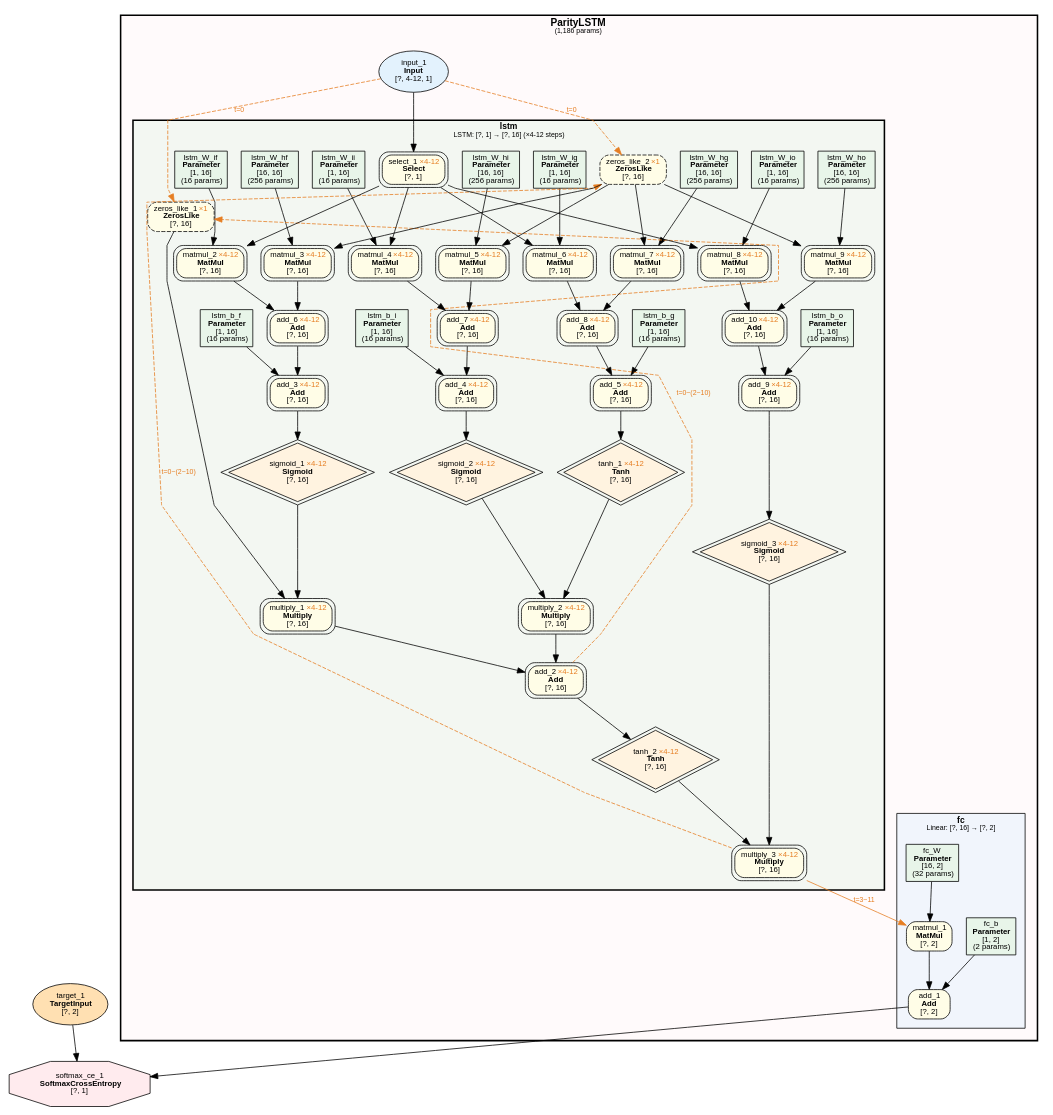
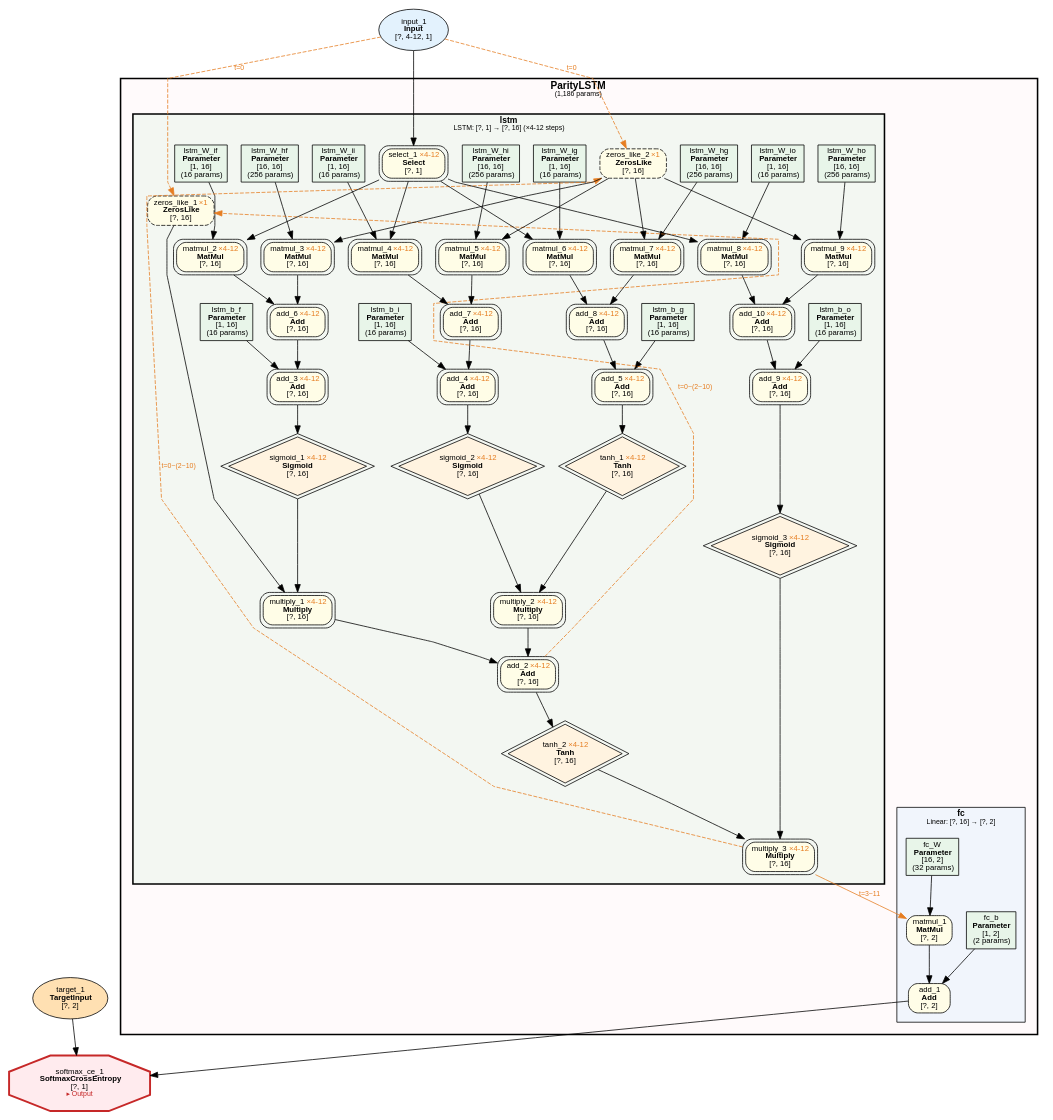
The diagram in examples/parity_lstm_var_len/parity_lstm_var_len.dot (dbsxdbsx/only_torch), drawn with Graphviz before and after one commit. The commit also changed 48 other files, not shown here.

```diff
--- a/examples/parity_lstm_var_len/parity_lstm_var_len.dot
+++ b/examples/parity_lstm_var_len/parity_lstm_var_len.dot
@@ -35,59 +35,59 @@
             fontname="Microsoft YaHei,SimHei,Arial";
             fontsize=11;
             margin=12;
-            "7" [label=<lstm_b_o<BR/><B>Parameter</B><BR/>[1, 16]<BR/>(16 params)> shape=box style=filled fillcolor="#E8F5E9" fontsize=10];
-            "8" [label=<lstm_W_io<BR/><B>Parameter</B><BR/>[1, 16]<BR/>(16 params)> shape=box style=filled fillcolor="#E8F5E9" fontsize=10];
-            "9" [label=<lstm_W_ho<BR/><B>Parameter</B><BR/>[16, 16]<BR/>(256 params)> shape=box style=filled fillcolor="#E8F5E9" fontsize=10];
-            "11" [label=<lstm_b_f<BR/><B>Parameter</B><BR/>[1, 16]<BR/>(16 params)> shape=box style=filled fillcolor="#E8F5E9" fontsize=10];
-            "12" [label=<lstm_b_i<BR/><B>Parameter</B><BR/>[1, 16]<BR/>(16 params)> shape=box style=filled fillcolor="#E8F5E9" fontsize=10];
-            "13" [label=<lstm_b_g<BR/><B>Parameter</B><BR/>[1, 16]<BR/>(16 params)> shape=box style=filled fillcolor="#E8F5E9" fontsize=10];
-            "14" [label=<lstm_W_if<BR/><B>Parameter</B><BR/>[1, 16]<BR/>(16 params)> shape=box style=filled fillcolor="#E8F5E9" fontsize=10];
-            "15" [label=<lstm_W_hf<BR/><B>Parameter</B><BR/>[16, 16]<BR/>(256 params)> shape=box style=filled fillcolor="#E8F5E9" fontsize=10];
-            "16" [label=<lstm_W_ii<BR/><B>Parameter</B><BR/>[1, 16]<BR/>(16 params)> shape=box style=filled fillcolor="#E8F5E9" fontsize=10];
-            "17" [label=<lstm_W_hi<BR/><B>Parameter</B><BR/>[16, 16]<BR/>(256 params)> shape=box style=filled fillcolor="#E8F5E9" fontsize=10];
-            "18" [label=<lstm_W_ig<BR/><B>Parameter</B><BR/>[1, 16]<BR/>(16 params)> shape=box style=filled fillcolor="#E8F5E9" fontsize=10];
-            "19" [label=<lstm_W_hg<BR/><B>Parameter</B><BR/>[16, 16]<BR/>(256 params)> shape=box style=filled fillcolor="#E8F5E9" fontsize=10];
-            "20" [label=<add_2 <FONT COLOR="#E67E22">×4-12</FONT><BR/><B>Add</B><BR/>[?, 16]> shape=box style="filled,rounded" fillcolor="#FFFDE7" fontsize=10 peripheries=2];
-            "21" [label=<multiply_1 <FONT COLOR="#E67E22">×4-12</FONT><BR/><B>Multiply</B><BR/>[?, 16]> shape=box style="filled,rounded" fillcolor="#FFFDE7" fontsize=10 peripheries=2];
-            "22" [label=<multiply_2 <FONT COLOR="#E67E22">×4-12</FONT><BR/><B>Multiply</B><BR/>[?, 16]> shape=box style="filled,rounded" fillcolor="#FFFDE7" fontsize=10 peripheries=2];
-            "23" [label=<sigmoid_1 <FONT COLOR="#E67E22">×4-12</FONT><BR/><B>Sigmoid</B><BR/>[?, 16]> shape=diamond style=filled fillcolor="#FFF3E0" fontsize=10 peripheries=2];
-            "24" [label=<zeros_like_1 <FONT COLOR="#E67E22">×1</FONT><BR/><B>ZerosLike</B><BR/>[?, 16]> shape=box style="filled,rounded,dashed" fillcolor="#FFFDE7" fontsize=10];
-            "25" [label=<sigmoid_2 <FONT COLOR="#E67E22">×4-12</FONT><BR/><B>Sigmoid</B><BR/>[?, 16]> shape=diamond style=filled fillcolor="#FFF3E0" fontsize=10 peripheries=2];
-            "26" [label=<tanh_1 <FONT COLOR="#E67E22">×4-12</FONT><BR/><B>Tanh</B><BR/>[?, 16]> shape=diamond style=filled fillcolor="#FFF3E0" fontsize=10 peripheries=2];
-            "27" [label=<add_3 <FONT COLOR="#E67E22">×4-12</FONT><BR/><B>Add</B><BR/>[?, 16]> shape=box style="filled,rounded" fillcolor="#FFFDE7" fontsize=10 peripheries=2];
-            "28" [label=<add_4 <FONT COLOR="#E67E22">×4-12</FONT><BR/><B>Add</B><BR/>[?, 16]> shape=box style="filled,rounded" fillcolor="#FFFDE7" fontsize=10 peripheries=2];
-            "29" [label=<add_5 <FONT COLOR="#E67E22">×4-12</FONT><BR/><B>Add</B><BR/>[?, 16]> shape=box style="filled,rounded" fillcolor="#FFFDE7" fontsize=10 peripheries=2];
-            "30" [label=<multiply_3 <FONT COLOR="#E67E22">×4-12</FONT><BR/><B>Multiply</B><BR/>[?, 16]> shape=box style="filled,rounded" fillcolor="#FFFDE7" fontsize=10 peripheries=2];
-            "31" [label=<add_6 <FONT COLOR="#E67E22">×4-12</FONT><BR/><B>Add</B><BR/>[?, 16]> shape=box style="filled,rounded" fillcolor="#FFFDE7" fontsize=10 peripheries=2];
-            "32" [label=<add_7 <FONT COLOR="#E67E22">×4-12</FONT><BR/><B>Add</B><BR/>[?, 16]> shape=box style="filled,rounded" fillcolor="#FFFDE7" fontsize=10 peripheries=2];
-            "33" [label=<add_8 <FONT COLOR="#E67E22">×4-12</FONT><BR/><B>Add</B><BR/>[?, 16]> shape=box style="filled,rounded" fillcolor="#FFFDE7" fontsize=10 peripheries=2];
-            "34" [label=<sigmoid_3 <FONT COLOR="#E67E22">×4-12</FONT><BR/><B>Sigmoid</B><BR/>[?, 16]> shape=diamond style=filled fillcolor="#FFF3E0" fontsize=10 peripheries=2];
-            "35" [label=<tanh_2 <FONT COLOR="#E67E22">×4-12</FONT><BR/><B>Tanh</B><BR/>[?, 16]> shape=diamond style=filled fillcolor="#FFF3E0" fontsize=10 peripheries=2];
-            "36" [label=<matmul_2 <FONT COLOR="#E67E22">×4-12</FONT><BR/><B>MatMul</B><BR/>[?, 16]> shape=box style="filled,rounded" fillcolor="#FFFDE7" fontsize=10 peripheries=2];
-            "37" [label=<matmul_3 <FONT COLOR="#E67E22">×4-12</FONT><BR/><B>MatMul</B><BR/>[?, 16]> shape=box style="filled,rounded" fillcolor="#FFFDE7" fontsize=10 peripheries=2];
-            "38" [label=<matmul_4 <FONT COLOR="#E67E22">×4-12</FONT><BR/><B>MatMul</B><BR/>[?, 16]> shape=box style="filled,rounded" fillcolor="#FFFDE7" fontsize=10 peripheries=2];
-            "39" [label=<matmul_5 <FONT COLOR="#E67E22">×4-12</FONT><BR/><B>MatMul</B><BR/>[?, 16]> shape=box style="filled,rounded" fillcolor="#FFFDE7" fontsize=10 peripheries=2];
-            "40" [label=<matmul_6 <FONT COLOR="#E67E22">×4-12</FONT><BR/><B>MatMul</B><BR/>[?, 16]> shape=box style="filled,rounded" fillcolor="#FFFDE7" fontsize=10 peripheries=2];
-            "41" [label=<matmul_7 <FONT COLOR="#E67E22">×4-12</FONT><BR/><B>MatMul</B><BR/>[?, 16]> shape=box style="filled,rounded" fillcolor="#FFFDE7" fontsize=10 peripheries=2];
-            "42" [label=<add_9 <FONT COLOR="#E67E22">×4-12</FONT><BR/><B>Add</B><BR/>[?, 16]> shape=box style="filled,rounded" fillcolor="#FFFDE7" fontsize=10 peripheries=2];
-            "43" [label=<select_1 <FONT COLOR="#E67E22">×4-12</FONT><BR/><B>Select</B><BR/>[?, 1]> shape=box style="filled,rounded" fillcolor="#FFFDE7" fontsize=10 peripheries=2];
-            "44" [label=<zeros_like_2 <FONT COLOR="#E67E22">×1</FONT><BR/><B>ZerosLike</B><BR/>[?, 16]> shape=box style="filled,rounded,dashed" fillcolor="#FFFDE7" fontsize=10];
-            "45" [label=<add_10 <FONT COLOR="#E67E22">×4-12</FONT><BR/><B>Add</B><BR/>[?, 16]> shape=box style="filled,rounded" fillcolor="#FFFDE7" fontsize=10 peripheries=2];
-            "46" [label=<matmul_8 <FONT COLOR="#E67E22">×4-12</FONT><BR/><B>MatMul</B><BR/>[?, 16]> shape=box style="filled,rounded" fillcolor="#FFFDE7" fontsize=10 peripheries=2];
-            "47" [label=<matmul_9 <FONT COLOR="#E67E22">×4-12</FONT><BR/><B>MatMul</B><BR/>[?, 16]> shape=box style="filled,rounded" fillcolor="#FFFDE7" fontsize=10 peripheries=2];
+                "7" [label=<lstm_b_o<BR/><B>Parameter</B><BR/>[1, 16]<BR/>(16 params)> shape=box style=filled fillcolor="#E8F5E9" fontsize=10];
+                "8" [label=<lstm_W_io<BR/><B>Parameter</B><BR/>[1, 16]<BR/>(16 params)> shape=box style=filled fillcolor="#E8F5E9" fontsize=10];
+                "9" [label=<lstm_W_ho<BR/><B>Parameter</B><BR/>[16, 16]<BR/>(256 params)> shape=box style=filled fillcolor="#E8F5E9" fontsize=10];
+                "11" [label=<lstm_b_f<BR/><B>Parameter</B><BR/>[1, 16]<BR/>(16 params)> shape=box style=filled fillcolor="#E8F5E9" fontsize=10];
+                "12" [label=<lstm_b_i<BR/><B>Parameter</B><BR/>[1, 16]<BR/>(16 params)> shape=box style=filled fillcolor="#E8F5E9" fontsize=10];
+                "13" [label=<lstm_b_g<BR/><B>Parameter</B><BR/>[1, 16]<BR/>(16 params)> shape=box style=filled fillcolor="#E8F5E9" fontsize=10];
+                "14" [label=<lstm_W_if<BR/><B>Parameter</B><BR/>[1, 16]<BR/>(16 params)> shape=box style=filled fillcolor="#E8F5E9" fontsize=10];
+                "15" [label=<lstm_W_hf<BR/><B>Parameter</B><BR/>[16, 16]<BR/>(256 params)> shape=box style=filled fillcolor="#E8F5E9" fontsize=10];
+                "16" [label=<lstm_W_ii<BR/><B>Parameter</B><BR/>[1, 16]<BR/>(16 params)> shape=box style=filled fillcolor="#E8F5E9" fontsize=10];
+                "17" [label=<lstm_W_hi<BR/><B>Parameter</B><BR/>[16, 16]<BR/>(256 params)> shape=box style=filled fillcolor="#E8F5E9" fontsize=10];
+                "18" [label=<lstm_W_ig<BR/><B>Parameter</B><BR/>[1, 16]<BR/>(16 params)> shape=box style=filled fillcolor="#E8F5E9" fontsize=10];
+                "19" [label=<lstm_W_hg<BR/><B>Parameter</B><BR/>[16, 16]<BR/>(256 params)> shape=box style=filled fillcolor="#E8F5E9" fontsize=10];
+                "20" [label=<add_2 <FONT COLOR="#E67E22">×4-12</FONT><BR/><B>Add</B><BR/>[?, 16]> shape=box style="filled,rounded" fillcolor="#FFFDE7" fontsize=10 peripheries=2];
+                "21" [label=<multiply_1 <FONT COLOR="#E67E22">×4-12</FONT><BR/><B>Multiply</B><BR/>[?, 16]> shape=box style="filled,rounded" fillcolor="#FFFDE7" fontsize=10 peripheries=2];
+                "22" [label=<multiply_2 <FONT COLOR="#E67E22">×4-12</FONT><BR/><B>Multiply</B><BR/>[?, 16]> shape=box style="filled,rounded" fillcolor="#FFFDE7" fontsize=10 peripheries=2];
+                "23" [label=<sigmoid_1 <FONT COLOR="#E67E22">×4-12</FONT><BR/><B>Sigmoid</B><BR/>[?, 16]> shape=diamond style=filled fillcolor="#FFF3E0" fontsize=10 peripheries=2];
+                "24" [label=<zeros_like_1 <FONT COLOR="#E67E22">×1</FONT><BR/><B>ZerosLike</B><BR/>[?, 16]> shape=box style="filled,rounded,dashed" fillcolor="#FFFDE7" fontsize=10];
+                "25" [label=<sigmoid_2 <FONT COLOR="#E67E22">×4-12</FONT><BR/><B>Sigmoid</B><BR/>[?, 16]> shape=diamond style=filled fillcolor="#FFF3E0" fontsize=10 peripheries=2];
+                "26" [label=<tanh_1 <FONT COLOR="#E67E22">×4-12</FONT><BR/><B>Tanh</B><BR/>[?, 16]> shape=diamond style=filled fillcolor="#FFF3E0" fontsize=10 peripheries=2];
+                "27" [label=<add_3 <FONT COLOR="#E67E22">×4-12</FONT><BR/><B>Add</B><BR/>[?, 16]> shape=box style="filled,rounded" fillcolor="#FFFDE7" fontsize=10 peripheries=2];
+                "28" [label=<add_4 <FONT COLOR="#E67E22">×4-12</FONT><BR/><B>Add</B><BR/>[?, 16]> shape=box style="filled,rounded" fillcolor="#FFFDE7" fontsize=10 peripheries=2];
+                "29" [label=<add_5 <FONT COLOR="#E67E22">×4-12</FONT><BR/><B>Add</B><BR/>[?, 16]> shape=box style="filled,rounded" fillcolor="#FFFDE7" fontsize=10 peripheries=2];
+                "30" [label=<multiply_3 <FONT COLOR="#E67E22">×4-12</FONT><BR/><B>Multiply</B><BR/>[?, 16]> shape=box style="filled,rounded" fillcolor="#FFFDE7" fontsize=10 peripheries=2];
+                "31" [label=<add_6 <FONT COLOR="#E67E22">×4-12</FONT><BR/><B>Add</B><BR/>[?, 16]> shape=box style="filled,rounded" fillcolor="#FFFDE7" fontsize=10 peripheries=2];
+                "32" [label=<add_7 <FONT COLOR="#E67E22">×4-12</FONT><BR/><B>Add</B><BR/>[?, 16]> shape=box style="filled,rounded" fillcolor="#FFFDE7" fontsize=10 peripheries=2];
+                "33" [label=<add_8 <FONT COLOR="#E67E22">×4-12</FONT><BR/><B>Add</B><BR/>[?, 16]> shape=box style="filled,rounded" fillcolor="#FFFDE7" fontsize=10 peripheries=2];
+                "34" [label=<sigmoid_3 <FONT COLOR="#E67E22">×4-12</FONT><BR/><B>Sigmoid</B><BR/>[?, 16]> shape=diamond style=filled fillcolor="#FFF3E0" fontsize=10 peripheries=2];
+                "35" [label=<tanh_2 <FONT COLOR="#E67E22">×4-12</FONT><BR/><B>Tanh</B><BR/>[?, 16]> shape=diamond style=filled fillcolor="#FFF3E0" fontsize=10 peripheries=2];
+                "36" [label=<matmul_2 <FONT COLOR="#E67E22">×4-12</FONT><BR/><B>MatMul</B><BR/>[?, 16]> shape=box style="filled,rounded" fillcolor="#FFFDE7" fontsize=10 peripheries=2];
+                "37" [label=<matmul_3 <FONT COLOR="#E67E22">×4-12</FONT><BR/><B>MatMul</B><BR/>[?, 16]> shape=box style="filled,rounded" fillcolor="#FFFDE7" fontsize=10 peripheries=2];
+                "38" [label=<matmul_4 <FONT COLOR="#E67E22">×4-12</FONT><BR/><B>MatMul</B><BR/>[?, 16]> shape=box style="filled,rounded" fillcolor="#FFFDE7" fontsize=10 peripheries=2];
+                "39" [label=<matmul_5 <FONT COLOR="#E67E22">×4-12</FONT><BR/><B>MatMul</B><BR/>[?, 16]> shape=box style="filled,rounded" fillcolor="#FFFDE7" fontsize=10 peripheries=2];
+                "40" [label=<matmul_6 <FONT COLOR="#E67E22">×4-12</FONT><BR/><B>MatMul</B><BR/>[?, 16]> shape=box style="filled,rounded" fillcolor="#FFFDE7" fontsize=10 peripheries=2];
+                "41" [label=<matmul_7 <FONT COLOR="#E67E22">×4-12</FONT><BR/><B>MatMul</B><BR/>[?, 16]> shape=box style="filled,rounded" fillcolor="#FFFDE7" fontsize=10 peripheries=2];
+                "42" [label=<add_9 <FONT COLOR="#E67E22">×4-12</FONT><BR/><B>Add</B><BR/>[?, 16]> shape=box style="filled,rounded" fillcolor="#FFFDE7" fontsize=10 peripheries=2];
+                "43" [label=<select_1 <FONT COLOR="#E67E22">×4-12</FONT><BR/><B>Select</B><BR/>[?, 1]> shape=box style="filled,rounded" fillcolor="#FFFDE7" fontsize=10 peripheries=2];
+                "44" [label=<zeros_like_2 <FONT COLOR="#E67E22">×1</FONT><BR/><B>ZerosLike</B><BR/>[?, 16]> shape=box style="filled,rounded,dashed" fillcolor="#FFFDE7" fontsize=10];
+                "45" [label=<add_10 <FONT COLOR="#E67E22">×4-12</FONT><BR/><B>Add</B><BR/>[?, 16]> shape=box style="filled,rounded" fillcolor="#FFFDE7" fontsize=10 peripheries=2];
+                "46" [label=<matmul_8 <FONT COLOR="#E67E22">×4-12</FONT><BR/><B>MatMul</B><BR/>[?, 16]> shape=box style="filled,rounded" fillcolor="#FFFDE7" fontsize=10 peripheries=2];
+                "47" [label=<matmul_9 <FONT COLOR="#E67E22">×4-12</FONT><BR/><B>MatMul</B><BR/>[?, 16]> shape=box style="filled,rounded" fillcolor="#FFFDE7" fontsize=10 peripheries=2];
         }
 
-        "10" [label=<input_1<BR/><B>Input</B><BR/>[?, 4-12, 1]> shape=ellipse style=filled fillcolor="#E3F2FD" fontsize=10];
     }
 
-    "1" [label=<softmax_ce_1<BR/><B>SoftmaxCrossEntropy</B><BR/>[?, 1]> shape=octagon style=filled fillcolor="#FFEBEE" fontsize=10];
+    "1" [label=<softmax_ce_1<BR/><B>SoftmaxCrossEntropy</B><BR/>[?, 1]<BR/><FONT COLOR="#C62828" POINT-SIZE="9">▸ Output</FONT>> shape=octagon style=filled fillcolor="#FFEBEE" fontsize=10 penwidth=2.5 color="#C62828"];
     "3" [label=<target_1<BR/><B>TargetInput</B><BR/>[?, 2]> shape=ellipse style=filled fillcolor="#FFE0B2" fontsize=10];
+    "10" [label=<input_1<BR/><B>Input</B><BR/>[?, 4-12, 1]> shape=ellipse style=filled fillcolor="#E3F2FD" fontsize=10];
 
     "2" -> "1";
     "3" -> "1";
     "4" -> "2";
     "5" -> "2";
-    "30" -> "4" [color="#E67E22" label=<t=3~11> fontcolor="#E67E22" fontsize=9];
+    "30" -> "4" [ color="#E67E22" label=<t=3~11> fontcolor="#E67E22" fontsize=9];
     "6" -> "4";
     "21" -> "20";
     "22" -> "20";
@@ -96,7 +96,7 @@
     "25" -> "22";
     "26" -> "22";
     "27" -> "23";
-    "10" -> "24" [style=dashed color="#E67E22" label=<t=0> fontcolor="#E67E22" fontsize=9];
+    "10" -> "24" [ style=dashed color="#E67E22" label=<t=0> fontcolor="#E67E22" fontsize=9];
     "28" -> "25";
     "29" -> "26";
     "31" -> "27";
@@ -130,7 +130,7 @@
     "45" -> "42";
     "7" -> "42";
     "10" -> "43";
-    "10" -> "44" [style=dashed color="#E67E22" label=<t=0> fontcolor="#E67E22" fontsize=9];
+    "10" -> "44" [ style=dashed color="#E67E22" label=<t=0> fontcolor="#E67E22" fontsize=9];
     "46" -> "45";
     "47" -> "45";
     "43" -> "46";
```
